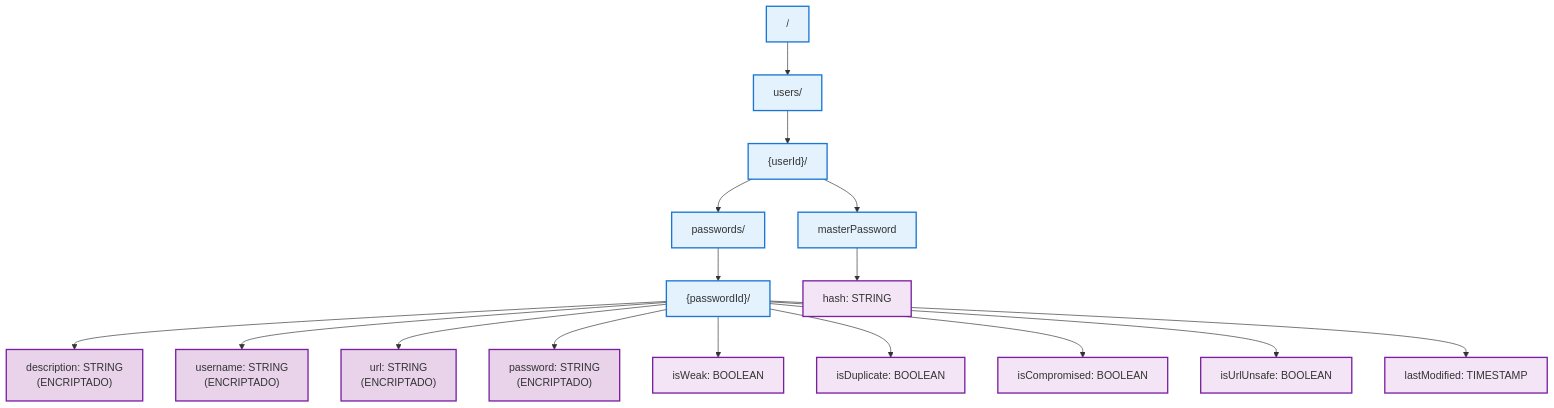
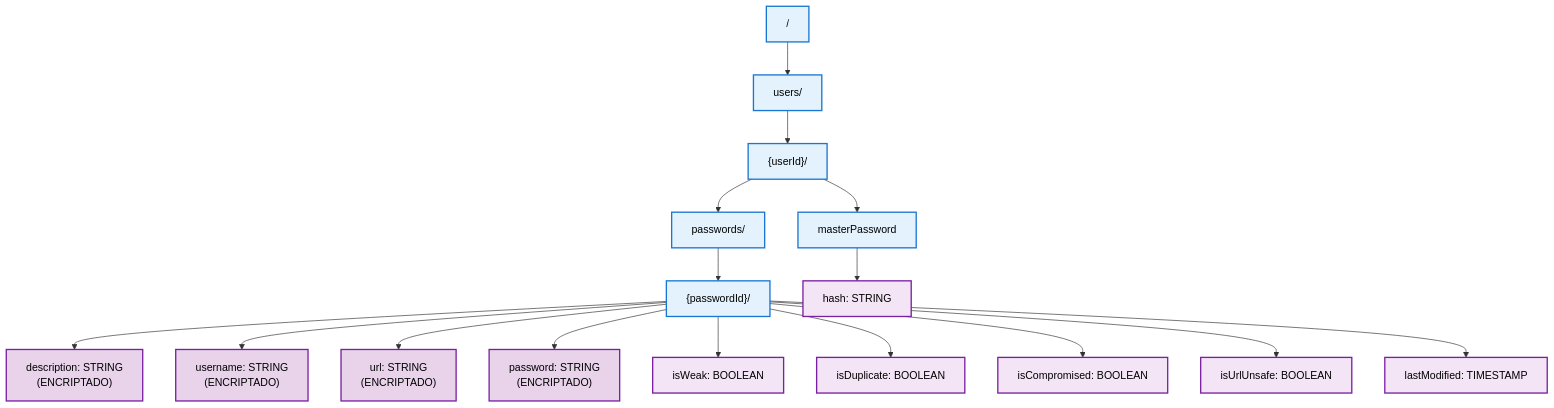
Before and after one commit to g4vr3/passworld: the diagram in docs/Base de datos remota - Estructura jerárquica.md, drawn with Mermaid.

Commit message:
Update Base de datos remota - Estructura jerárquica.md

````diff
--- a/docs/Base de datos remota - Estructura jerárquica.md
+++ b/docs/Base de datos remota - Estructura jerárquica.md
@@ -1,29 +1,29 @@
 ```mermaid
 flowchart TD
     Root["/"] --> Users["users/"]
     Users --> UserID["{userId}/"]
     UserID --> Passwords["passwords/"] & MasterPassword["masterPassword"]
     Passwords --> PasswordID["{passwordId}/"]
     PasswordID --> Description["description: STRING<br>(ENCRIPTADO)"] & Username["username: STRING<br>(ENCRIPTADO)"] & URL["url: STRING <br>(ENCRIPTADO)"] & Password["password: STRING<br>(ENCRIPTADO)"] & IsWeak["isWeak: BOOLEAN"] & IsDuplicate["isDuplicate: BOOLEAN"] & IsCompromised["isCompromised: BOOLEAN"] & IsUrlUnsafe["isUrlUnsafe: BOOLEAN"] & LastModified["lastModified: TIMESTAMP"]
     MasterPassword --> Hash["hash: STRING"]
 
      Root:::structure
      Users:::structure
      UserID:::structure
      Passwords:::structure
      MasterPassword:::structure
      PasswordID:::structure
      Description:::encrypted
      Username:::encrypted
      URL:::encrypted
      Password:::encrypted
      IsWeak:::data
      IsDuplicate:::data
      IsCompromised:::data
      IsUrlUnsafe:::data
      LastModified:::data
      Hash:::data
-    classDef encrypted fill:#e8d3eb,stroke:#7b1fa2,stroke-width:2px
-    classDef structure fill:#e3f2fd,stroke:#1976d2,stroke-width:2px
-    classDef data fill:#f3e5f5,stroke:#7b1fa2,stroke-width:2px
+    classDef encrypted fill:#e8d3eb,stroke:#7b1fa2,stroke-width:2px,color:#000000
+    classDef structure fill:#e3f2fd,stroke:#1976d2,stroke-width:2px,color:#000000
+    classDef data fill:#f3e5f5,stroke:#7b1fa2,stroke-width:2px,color:#000000
 ```
````
